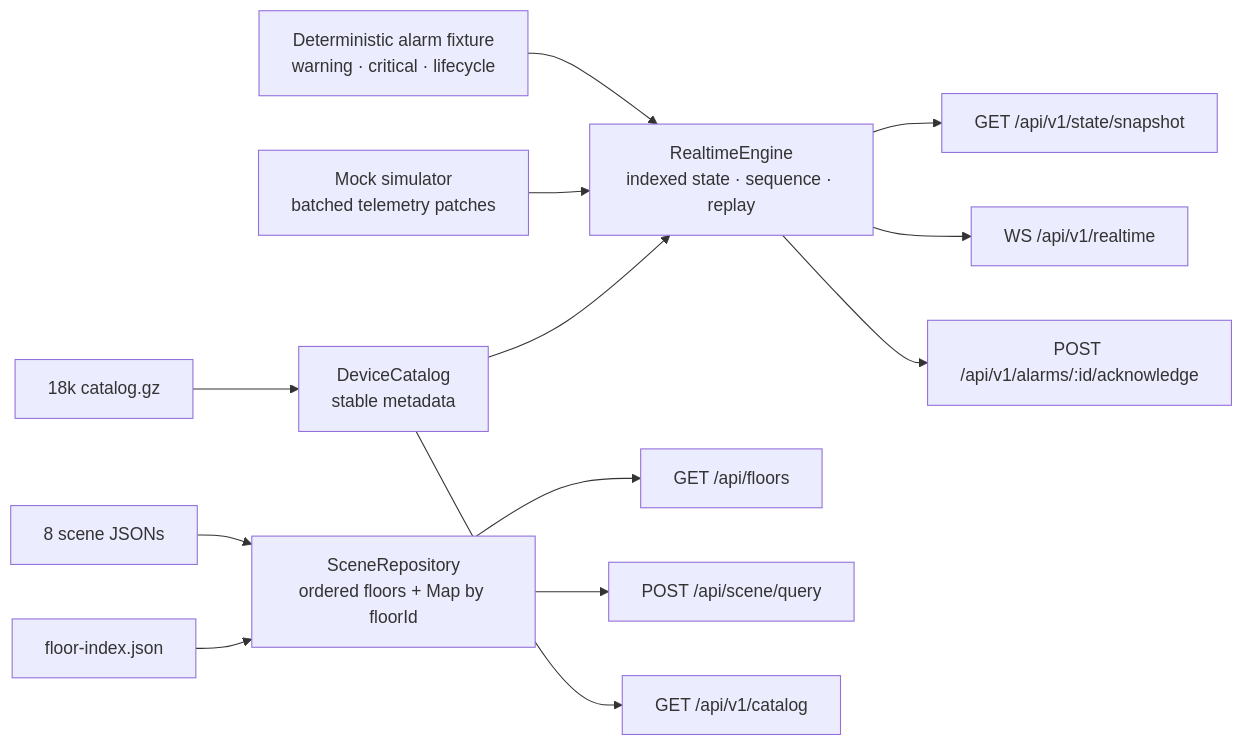
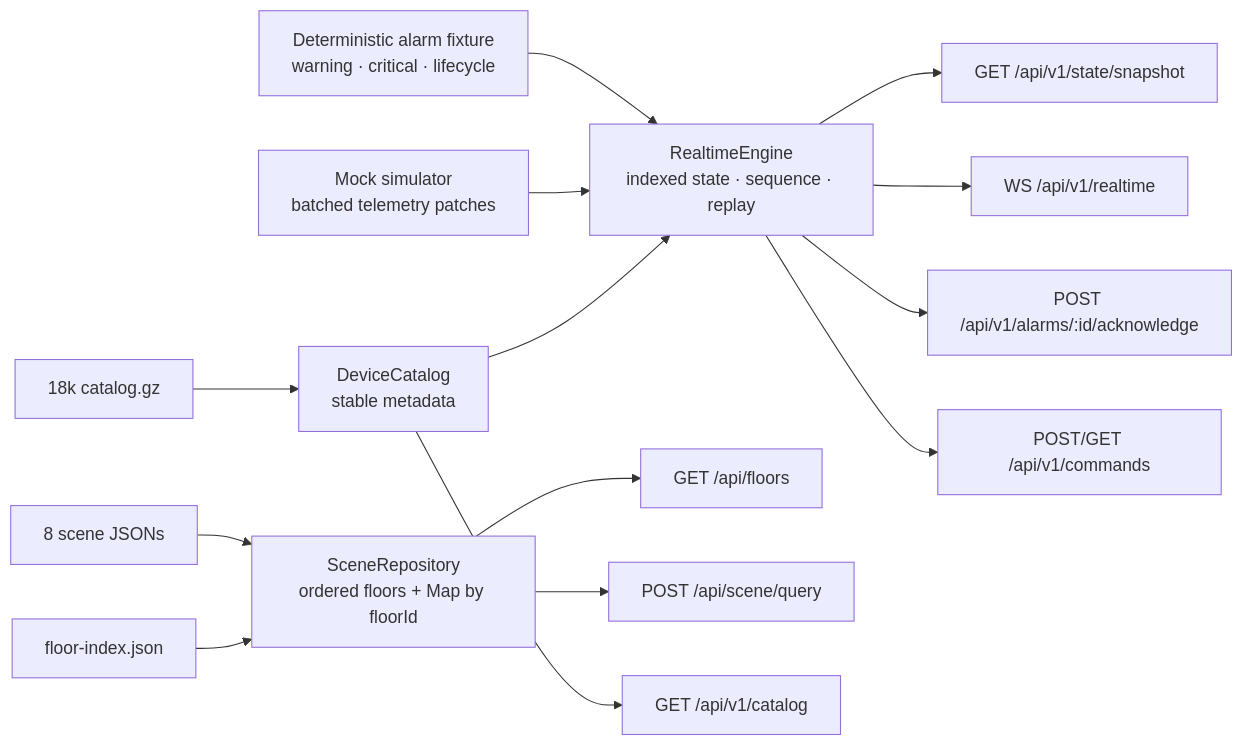
Before and after one commit to mbob72/building-operator-demo: the diagram in docs/backend-architecture.md, drawn with Mermaid. The commit also changed other lines of this file and 30 other files, not shown here.

````diff
--- a/docs/backend-architecture.md
+++ b/docs/backend-architecture.md
@@ -11,33 +11,35 @@
 ```mermaid
 flowchart LR
     FloorIndex["floor-index.json"]
     Scenes["8 scene JSONs"]
     CatalogFile["18k catalog.gz"]
 
     SceneRepo["SceneRepository<br/>ordered floors + Map by floorId"]
     CatalogRepo["DeviceCatalog<br/>stable metadata"]
     Engine["RealtimeEngine<br/>indexed state · sequence · replay"]
     Simulator["Mock simulator<br/>batched telemetry patches"]
     InitialAlarms["Deterministic alarm fixture<br/>warning · critical · lifecycle"]
 
     FloorsAPI["GET /api/floors"]
     SceneAPI["POST /api/scene/query"]
     CatalogAPI["GET /api/v1/catalog"]
     SnapshotAPI["GET /api/v1/state/snapshot"]
     RealtimeAPI["WS /api/v1/realtime"]
     AckAPI["POST /api/v1/alarms/:id/acknowledge"]
+    CommandAPI["POST/GET /api/v1/commands"]
 
     FloorIndex --> SceneRepo
     Scenes --> SceneRepo
     CatalogFile --> CatalogRepo
     CatalogRepo --> Engine
     Simulator --> Engine
     InitialAlarms --> Engine
 
     SceneRepo --> FloorsAPI
     SceneRepo --> SceneAPI
     CatalogRepo --> CatalogAPI
     Engine --> SnapshotAPI
     Engine --> RealtimeAPI
     Engine --> AckAPI
+    Engine --> CommandAPI
 ```
````
